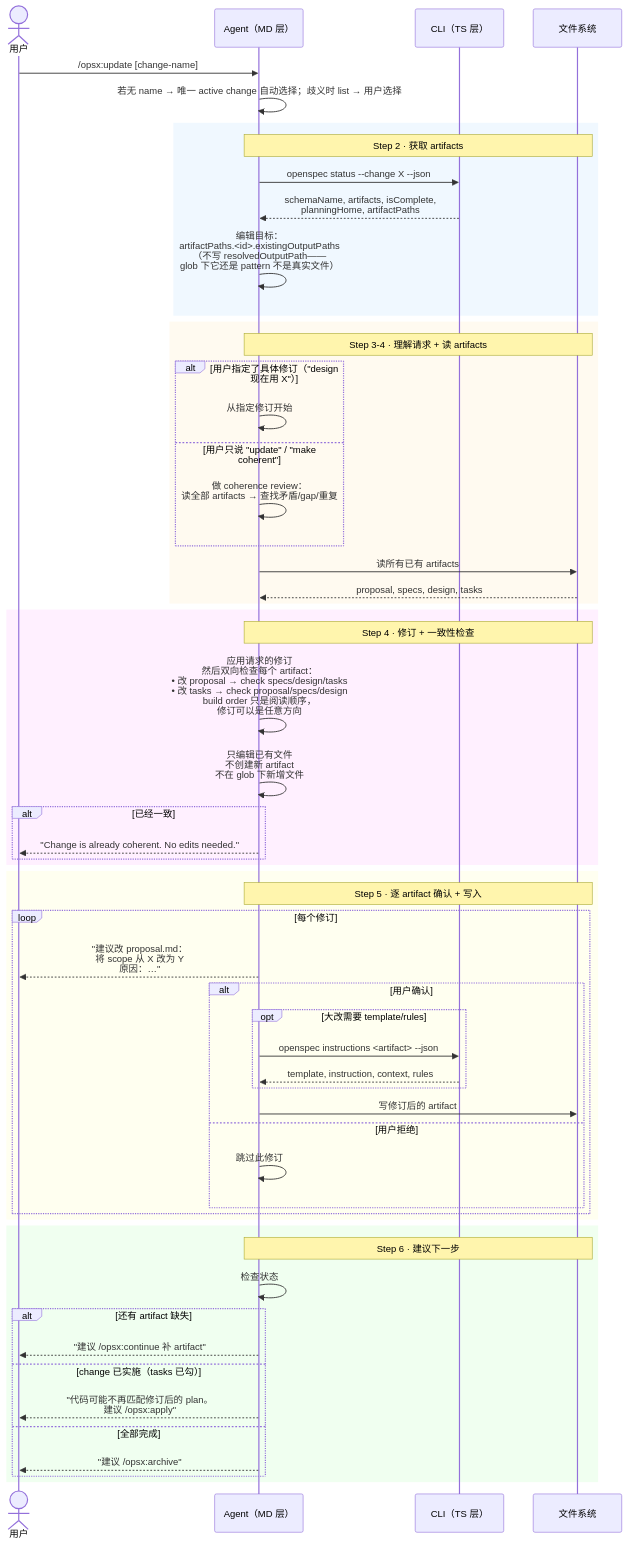
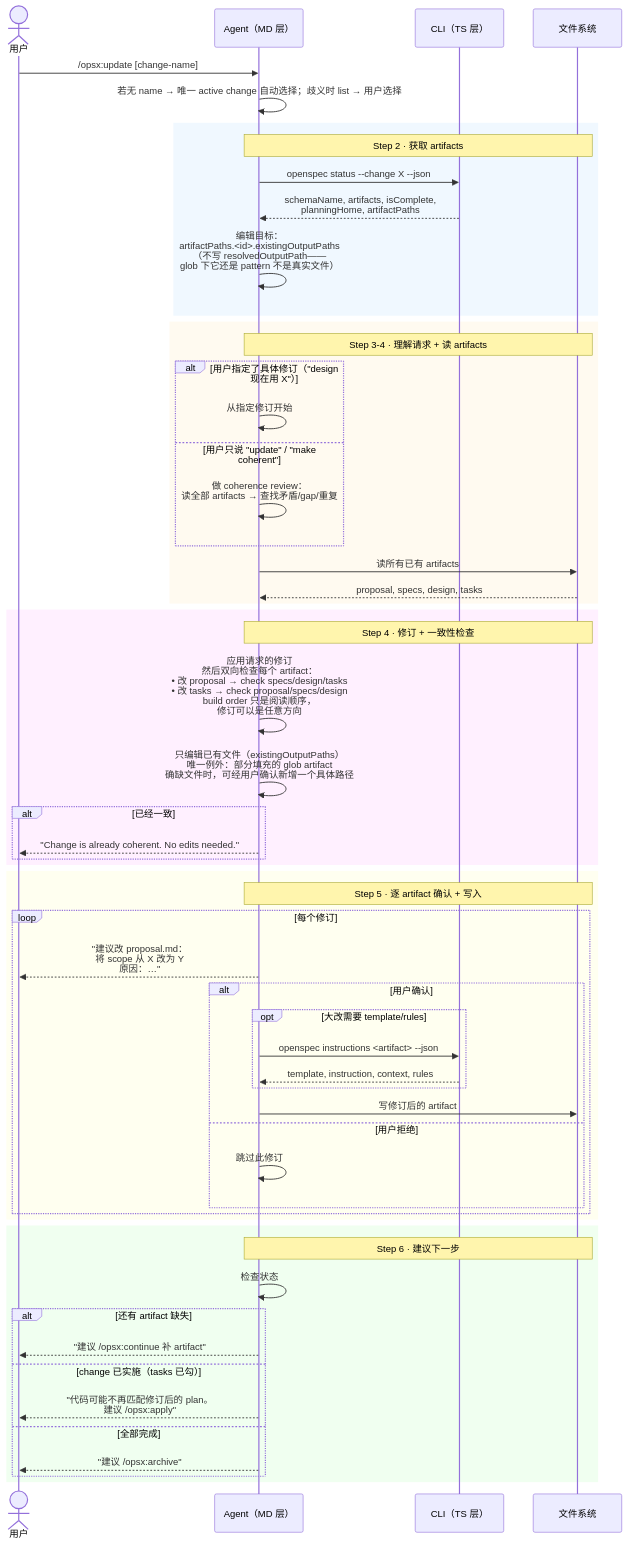
The diagram in _digested/workflows/12-update.md (ethan-jiang-3/OpenSpec), drawn with Mermaid before and after one commit. The commit also changed other lines of this file and 54 other files, not shown here.

````diff
--- a/_digested/workflows/12-update.md
+++ b/_digested/workflows/12-update.md
@@ -41,65 +41,65 @@
 ```mermaid
 sequenceDiagram
     actor User as 用户
     participant MD as Agent（MD 层）
     participant TS as CLI（TS 层）
     participant FS as 文件系统
 
     User->>MD: /opsx:update [change-name]
     MD->>MD: 若无 name → 唯一 active change 自动选择；歧义时 list → 用户选择
 
     rect rgb(240, 248, 255)
         Note over MD,FS: Step 2 · 获取 artifacts
         MD->>TS: openspec status --change X --json
         TS-->>MD: schemaName, artifacts, isComplete,<br/>planningHome, artifactPaths
         MD->>MD: 编辑目标：<br/>artifactPaths.<id>.existingOutputPaths<br/>（不写 resolvedOutputPath——<br/>glob 下它还是 pattern 不是真实文件）
     end
 
     rect rgb(255, 250, 240)
         Note over MD,FS: Step 3-4 · 理解请求 + 读 artifacts
         alt 用户指定了具体修订（"design 现在用 X"）
             MD->>MD: 从指定修订开始
         else 用户只说 "update" / "make coherent"
             MD->>MD: 做 coherence review：<br/>读全部 artifacts → 查找矛盾/gap/重复
         end
         MD->>FS: 读所有已有 artifacts
         FS-->>MD: proposal, specs, design, tasks
     end
 
     rect rgb(255, 240, 255)
         Note over MD,FS: Step 4 · 修订 + 一致性检查
         MD->>MD: 应用请求的修订<br/>然后双向检查每个 artifact：<br/>• 改 proposal → check specs/design/tasks<br/>• 改 tasks → check proposal/specs/design<br/>build order 只是阅读顺序，<br/>修订可以是任意方向
-        MD->>MD: 只编辑已有文件<br/>不创建新 artifact<br/>不在 glob 下新增文件
+        MD->>MD: 只编辑已有文件（existingOutputPaths）<br/>唯一例外：部分填充的 glob artifact<br/>确缺文件时，可经用户确认新增一个具体路径
         alt 已经一致
             MD-->>User: "Change is already coherent. No edits needed."
         end
     end
 
     rect rgb(255, 255, 240)
         Note over MD,FS: Step 5 · 逐 artifact 确认 + 写入
         loop 每个修订
             MD-->>User: "建议改 proposal.md：<br/>将 scope 从 X 改为 Y<br/>原因：…"
             alt 用户确认
                 opt 大改需要 template/rules
                     MD->>TS: openspec instructions <artifact> --json
                     TS-->>MD: template, instruction, context, rules
                 end
                 MD->>FS: 写修订后的 artifact
             else 用户拒绝
                 MD->>MD: 跳过此修订
             end
         end
     end
 
     rect rgb(240, 255, 240)
         Note over MD,FS: Step 6 · 建议下一步
         MD->>MD: 检查状态
         alt 还有 artifact 缺失
             MD-->>User: "建议 /opsx:continue 补 artifact"
         else change 已实施（tasks 已勾）
             MD-->>User: "代码可能不再匹配修订后的 plan。<br/>建议 /opsx:apply"
         else 全部完成
             MD-->>User: "建议 /opsx:archive"
         end
     end
 ```
````
